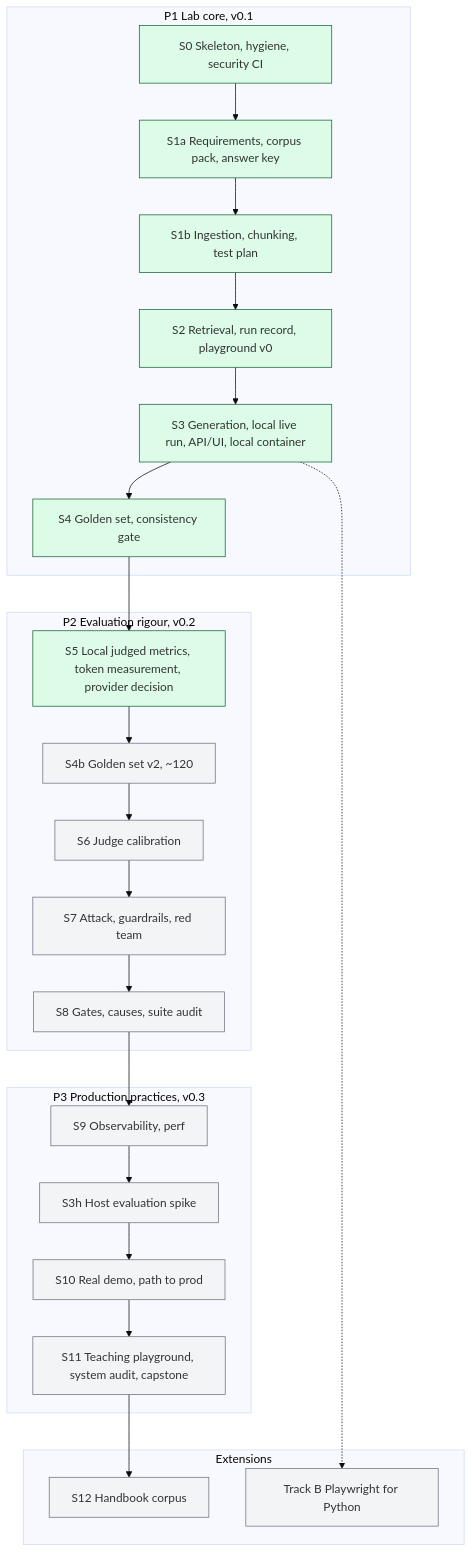
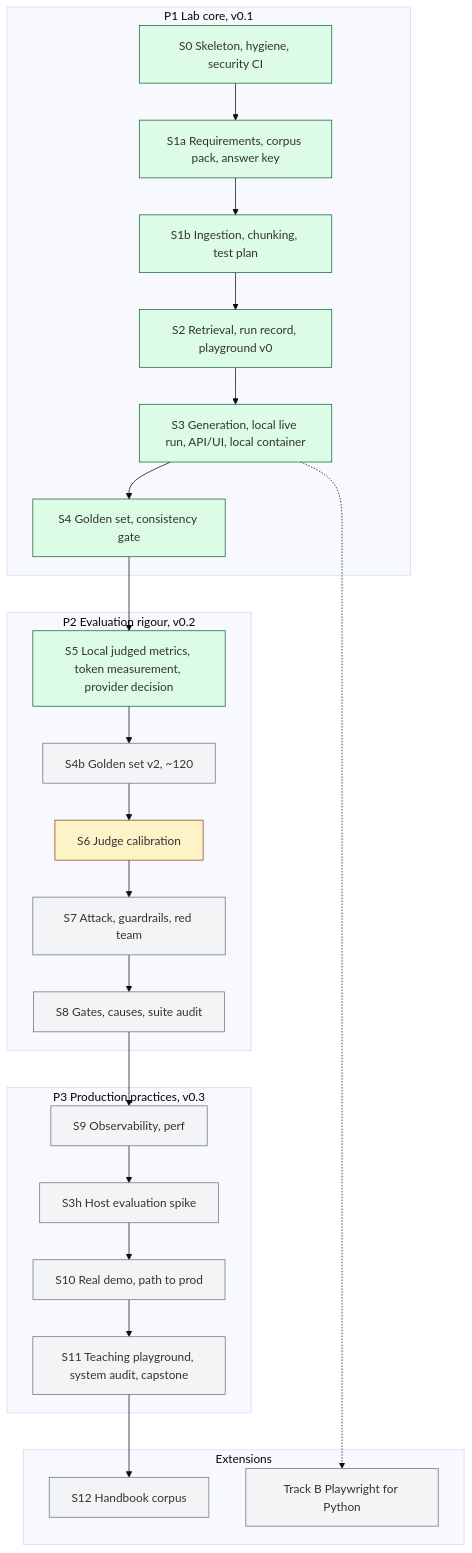
One commit to willcoliveira/ai-testing-rag-lab changed the diagram in README.md. Above: the diagram before and after it, drawn with Mermaid (base theme). The commit also changed 7 other files, not shown here.

````diff
--- a/README.md
+++ b/README.md
@@ -25,25 +25,26 @@
 ```mermaid
 flowchart TB
   subgraph P1[P1 Lab core, v0.1]
     S0[S0 Skeleton, hygiene, security CI] --> S1a[S1a Requirements, corpus pack, answer key] --> S1b[S1b Ingestion, chunking, test plan] --> S2[S2 Retrieval, run record, playground v0] --> S3[S3 Generation, local live run, API/UI, local container] --> S4[S4 Golden set, consistency gate]
   end
   subgraph P2[P2 Evaluation rigour, v0.2]
     S5[S5 Local judged metrics, token measurement, provider decision] --> S4b[S4b Golden set v2, ~120] --> S6[S6 Judge calibration] --> S7[S7 Attack, guardrails, red team] --> S8[S8 Gates, causes, suite audit]
   end
   subgraph P3[P3 Production practices, v0.3]
     S9[S9 Observability, perf] --> S3h[S3h Host evaluation spike] --> S10[S10 Real demo, path to prod] --> S11[S11 Teaching playground, system audit, capstone]
   end
   subgraph EXT[Extensions]
     S12[S12 Handbook corpus]
     B[Track B Playwright for Python]
   end
   S4 --> S5
   S8 --> S9
   S11 --> S12
   S3 -.-> B
   classDef todo fill:#f3f4f6,stroke:#6b7280
   classDef wip fill:#fef3c7,stroke:#92400e
   classDef done fill:#dcfce7,stroke:#166534
   class S0,S1a,S1b,S2,S3,S4,S5 done
-  class S3h,S4b,S6,S7,S8,S9,S10,S11,S12,B todo
+  class S6 wip
+  class S3h,S4b,S7,S8,S9,S10,S11,S12,B todo
 ```
````
